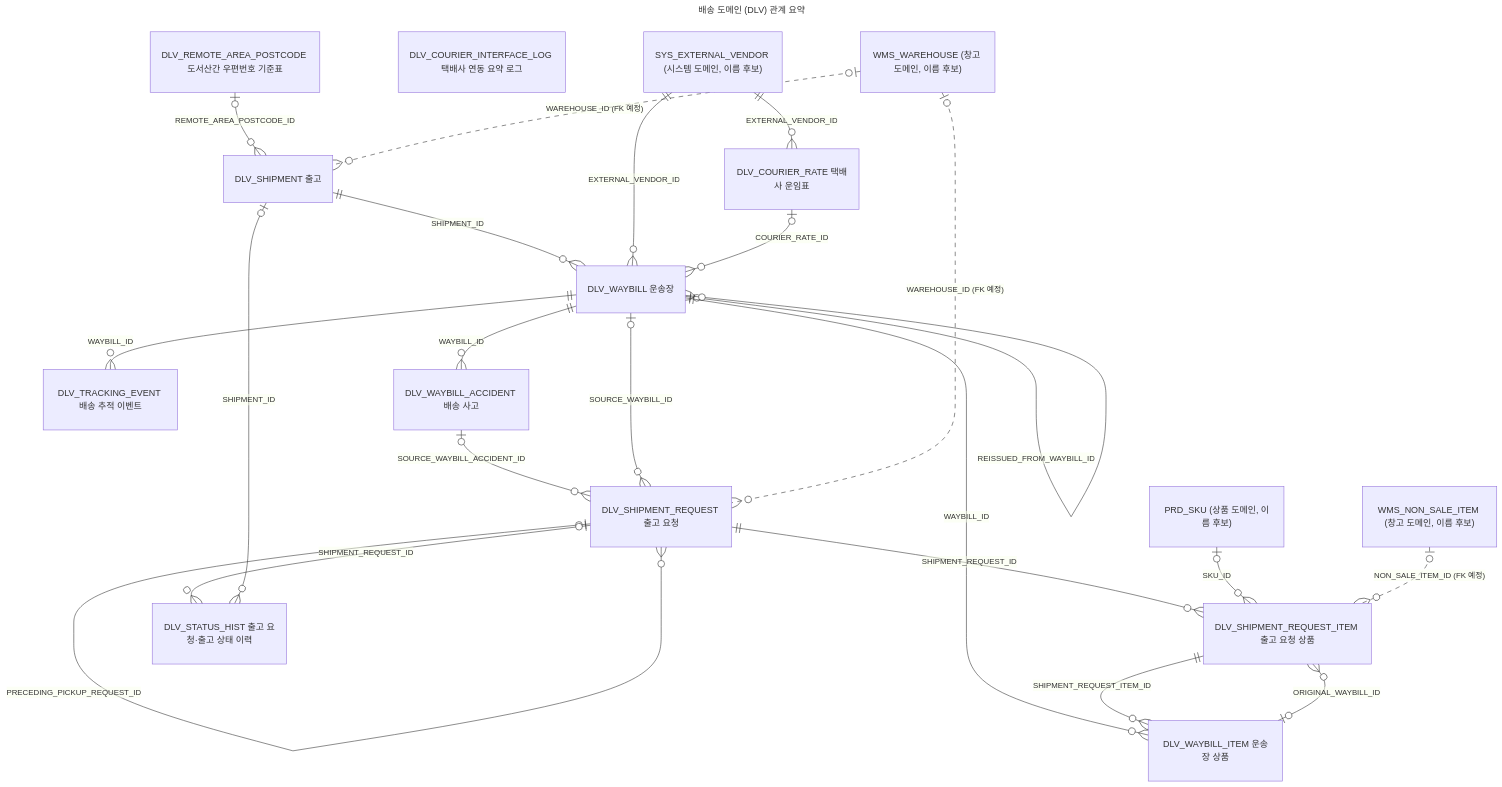
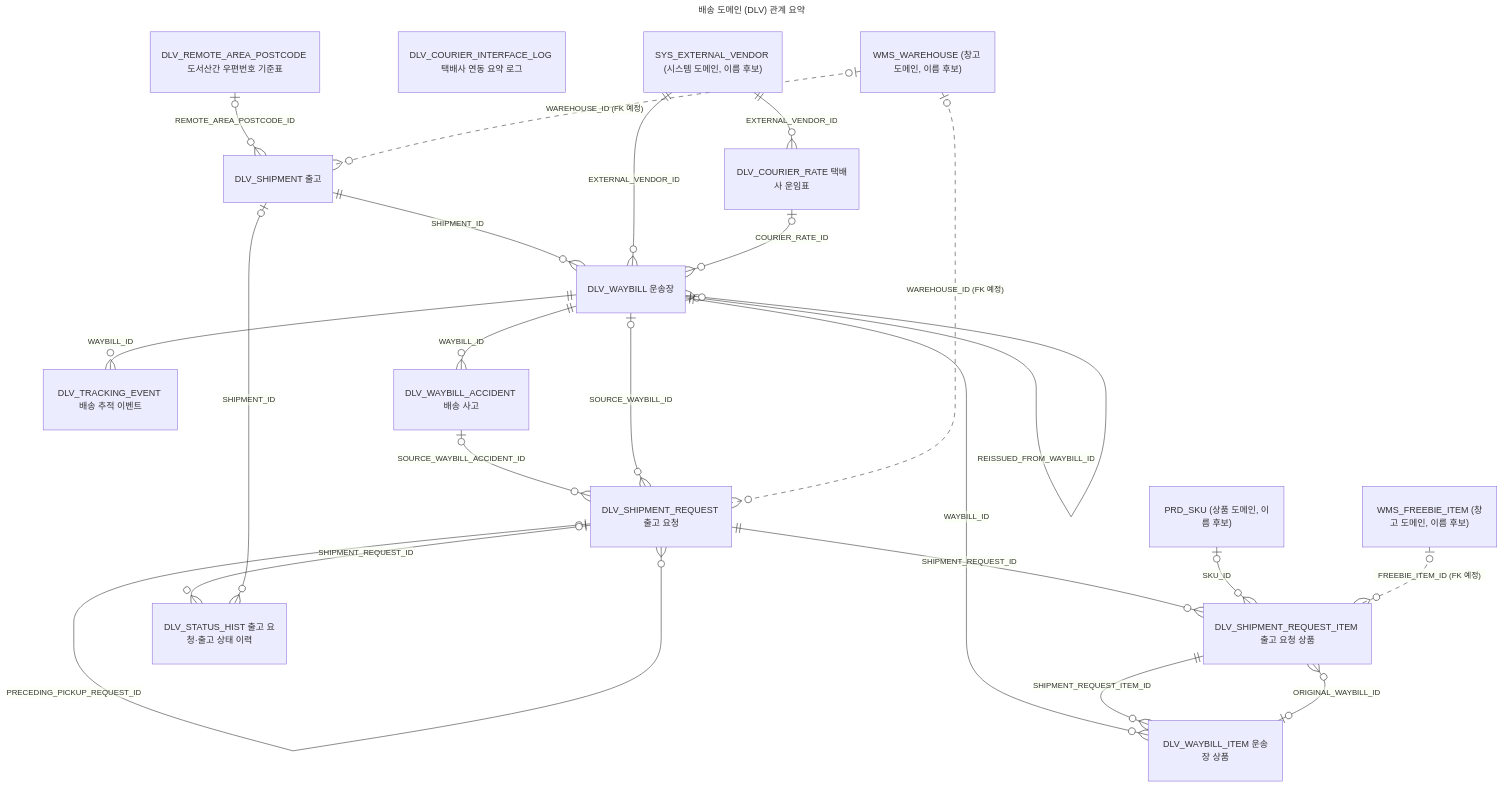
The diagram in docs/mmd/배송_DLV_관계요약.mmd (hotshin24/OnlineStorePortfolio2), drawn with Mermaid before and after one commit. The commit also changed 130 other files, not shown here.

```diff
--- a/docs/mmd/배송_DLV_관계요약.mmd
+++ b/docs/mmd/배송_DLV_관계요약.mmd
@@ -1,66 +1,66 @@
 ---
 title: 배송 도메인 (DLV) 관계 요약
 ---
-%% 생성: tools/pdfgen/erd/erd.py → tools/pdfgen/dlv/erd_dlv.py (2026-11-27). 컬럼 없이 테이블과 관계만 그렸다. 테이블 이름은 모두 후보. FK 없이 값만 두는 참조(주문·클레임 ID, 5-1 B, 로그의 출고 요청·운송장 ID, 추적 이벤트의 정정 대상)는 그리지 않았다
+%% 생성: tools/pdfgen/erd/erd.py → tools/pdfgen/dlv/erd_dlv.py (2026-11-28). 컬럼 없이 테이블과 관계만 그렸다. 테이블 이름은 모두 후보. FK 없이 값만 두는 참조(주문·클레임 ID, 5-1 B, 로그의 출고 요청·운송장 ID, 추적 이벤트의 정정 대상)는 그리지 않았다
 %% 표기: ||--o{ 필수 1:N, |o--o{ 선택(NULL 허용 FK) 1:N, |o..o{ FK 예정 참조(WMS 테이블이 정해지면 FK). 선 이름은 컬럼
 %% 다른 도메인 상자: 상품·시스템·창고 (모두 후보)
 erDiagram
     %% ---- 출고 요청·출고
     DLV_SHIPMENT_REQUEST["DLV_SHIPMENT_REQUEST 출고 요청"] {
     }
     DLV_SHIPMENT_REQUEST_ITEM["DLV_SHIPMENT_REQUEST_ITEM 출고 요청 상품"] {
     }
     DLV_SHIPMENT["DLV_SHIPMENT 출고"] {
     }
     %% ---- 운송장·추적·사고
     DLV_WAYBILL["DLV_WAYBILL 운송장"] {
     }
     DLV_WAYBILL_ITEM["DLV_WAYBILL_ITEM 운송장 상품"] {
     }
     DLV_TRACKING_EVENT["DLV_TRACKING_EVENT 배송 추적 이벤트"] {
     }
     DLV_WAYBILL_ACCIDENT["DLV_WAYBILL_ACCIDENT 배송 사고"] {
     }
     %% ---- 이력
     DLV_STATUS_HIST["DLV_STATUS_HIST 출고 요청·출고 상태 이력"] {
     }
     %% ---- 기준 데이터
     DLV_COURIER_RATE["DLV_COURIER_RATE 택배사 운임표"] {
     }
     DLV_REMOTE_AREA_POSTCODE["DLV_REMOTE_AREA_POSTCODE 도서산간 우편번호 기준표"] {
     }
     %% ---- 연동
     DLV_COURIER_INTERFACE_LOG["DLV_COURIER_INTERFACE_LOG 택배사 연동 요약 로그"] {
     }
     %% ---- 다른 도메인
     PRD_SKU["PRD_SKU (상품 도메인, 이름 후보)"] {
     }
     SYS_EXTERNAL_VENDOR["SYS_EXTERNAL_VENDOR (시스템 도메인, 이름 후보)"] {
     }
-    WMS_NON_SALE_ITEM["WMS_NON_SALE_ITEM (창고 도메인, 이름 후보)"] {
+    WMS_FREEBIE_ITEM["WMS_FREEBIE_ITEM (창고 도메인, 이름 후보)"] {
     }
     WMS_WAREHOUSE["WMS_WAREHOUSE (창고 도메인, 이름 후보)"] {
     }
     %% ---- 관계
     DLV_WAYBILL_ACCIDENT |o--o{ DLV_SHIPMENT_REQUEST : "SOURCE_WAYBILL_ACCIDENT_ID"
     DLV_WAYBILL |o--o{ DLV_SHIPMENT_REQUEST : "SOURCE_WAYBILL_ID"
     DLV_SHIPMENT_REQUEST |o--o{ DLV_SHIPMENT_REQUEST : "PRECEDING_PICKUP_REQUEST_ID"
     DLV_SHIPMENT_REQUEST ||--o{ DLV_SHIPMENT_REQUEST_ITEM : "SHIPMENT_REQUEST_ID"
     DLV_WAYBILL_ITEM |o--o{ DLV_SHIPMENT_REQUEST_ITEM : "ORIGINAL_WAYBILL_ID"
     PRD_SKU |o--o{ DLV_SHIPMENT_REQUEST_ITEM : "SKU_ID"
     DLV_REMOTE_AREA_POSTCODE |o--o{ DLV_SHIPMENT : "REMOTE_AREA_POSTCODE_ID"
     DLV_SHIPMENT ||--o{ DLV_WAYBILL : "SHIPMENT_ID"
     SYS_EXTERNAL_VENDOR ||--o{ DLV_WAYBILL : "EXTERNAL_VENDOR_ID"
     DLV_WAYBILL |o--o{ DLV_WAYBILL : "REISSUED_FROM_WAYBILL_ID"
     DLV_COURIER_RATE |o--o{ DLV_WAYBILL : "COURIER_RATE_ID"
     DLV_WAYBILL ||--o{ DLV_WAYBILL_ITEM : "WAYBILL_ID"
     DLV_SHIPMENT_REQUEST_ITEM ||--o{ DLV_WAYBILL_ITEM : "SHIPMENT_REQUEST_ITEM_ID"
     DLV_WAYBILL ||--o{ DLV_TRACKING_EVENT : "WAYBILL_ID"
     DLV_WAYBILL ||--o{ DLV_WAYBILL_ACCIDENT : "WAYBILL_ID"
     DLV_SHIPMENT_REQUEST |o--o{ DLV_STATUS_HIST : "SHIPMENT_REQUEST_ID"
     DLV_SHIPMENT |o--o{ DLV_STATUS_HIST : "SHIPMENT_ID"
     SYS_EXTERNAL_VENDOR ||--o{ DLV_COURIER_RATE : "EXTERNAL_VENDOR_ID"
     %% ---- FK 예정 참조
     WMS_WAREHOUSE |o..o{ DLV_SHIPMENT_REQUEST : "WAREHOUSE_ID (FK 예정)"
     WMS_WAREHOUSE |o..o{ DLV_SHIPMENT : "WAREHOUSE_ID (FK 예정)"
-    WMS_NON_SALE_ITEM |o..o{ DLV_SHIPMENT_REQUEST_ITEM : "NON_SALE_ITEM_ID (FK 예정)"
+    WMS_FREEBIE_ITEM |o..o{ DLV_SHIPMENT_REQUEST_ITEM : "FREEBIE_ITEM_ID (FK 예정)"
```
